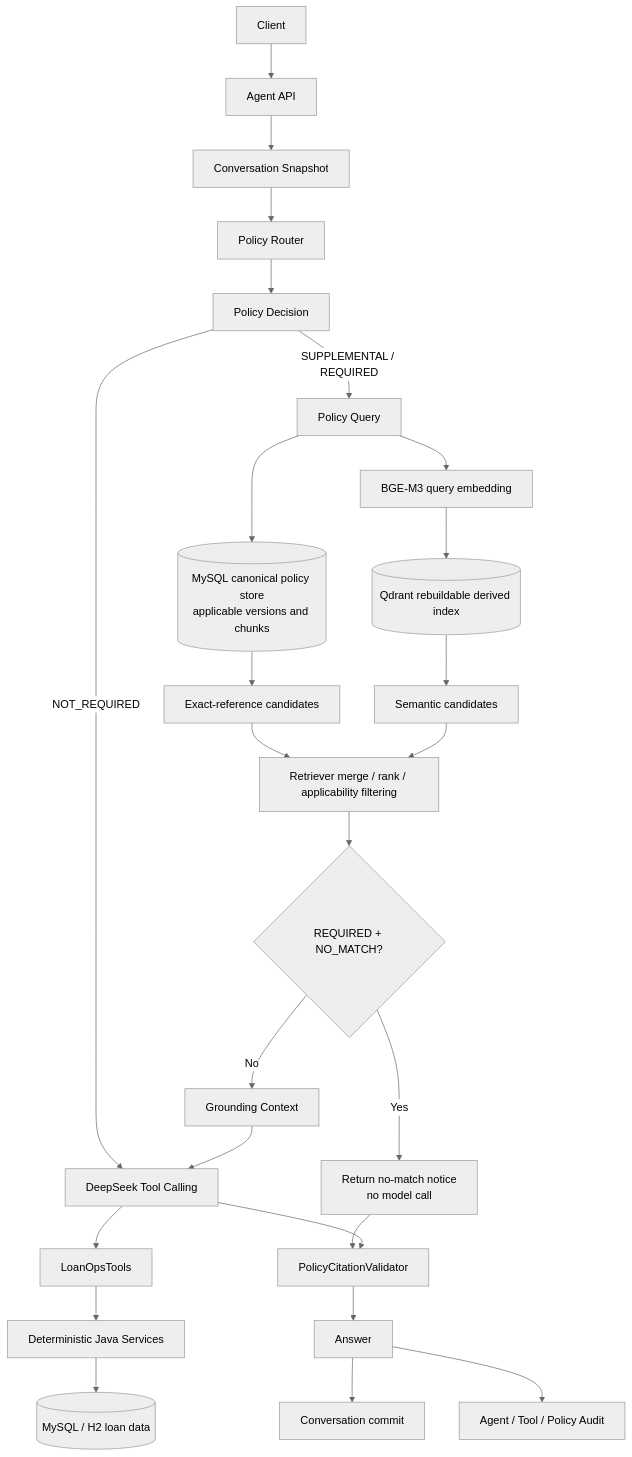
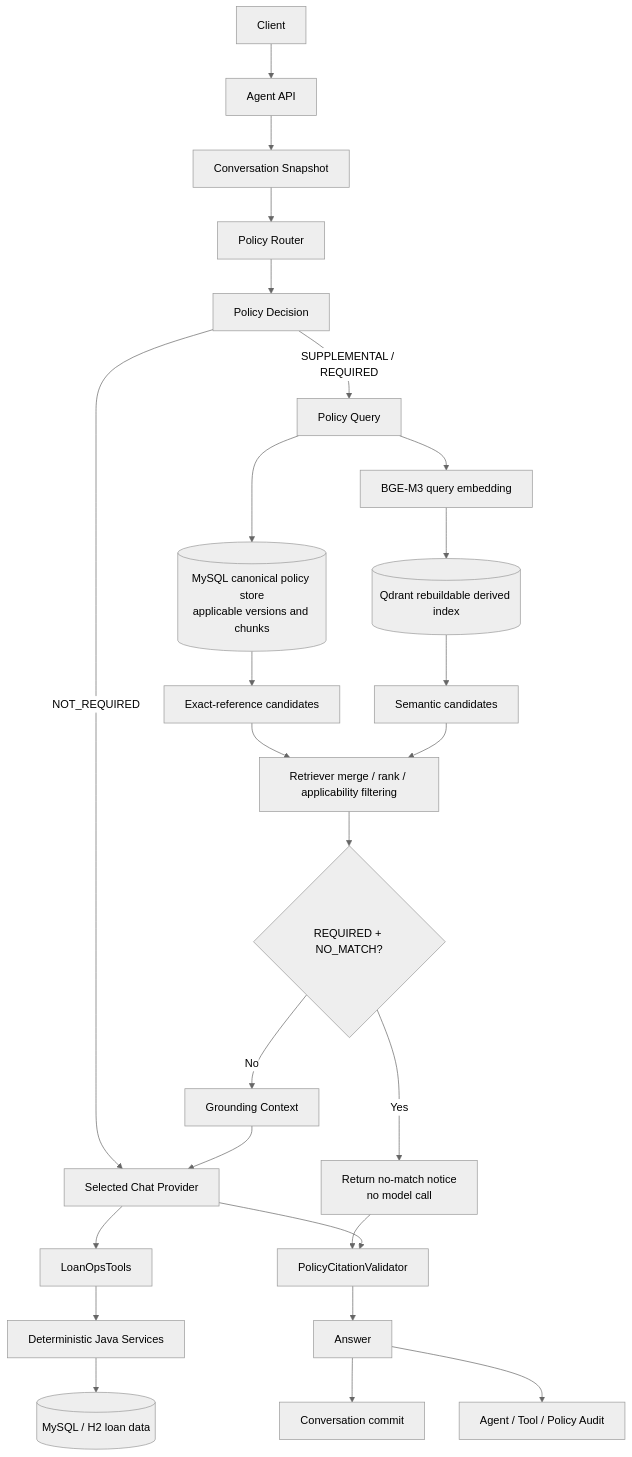
Before and after one commit to liandongjie/loanops-agent: the diagram in README.md, drawn with Mermaid (neutral theme). The commit also changed other lines of this file and 6 other files, not shown here.

```diff
--- a/README.md
+++ b/README.md
@@ -59,31 +59,31 @@
 ~~~mermaid
 flowchart TD
     Client --> API[Agent API]
     API --> Snapshot[Conversation Snapshot]
     Snapshot --> Router[Policy Router]
     Router --> Decision[Policy Decision]
 
-    Decision -->|NOT_REQUIRED| LLM[DeepSeek Tool Calling]
+    Decision -->|NOT_REQUIRED| LLM[Selected Chat Provider]
     LLM --> Tools[LoanOpsTools]
     Tools --> Java[Deterministic Java Services]
     Java --> LoanDB[(MySQL / H2 loan data)]
 
     Decision -->|SUPPLEMENTAL / REQUIRED| Query[Policy Query]
     Query --> PolicyDB[(MySQL canonical policy store<br/>applicable versions and chunks)]
     PolicyDB --> Exact[Exact-reference candidates]
     Query --> Embed[BGE-M3 query embedding]
     Embed --> Vector[(Qdrant rebuildable derived index)]
     Vector --> Semantic[Semantic candidates]
     Exact --> Merge
     Semantic --> Merge
     Merge[Retriever merge / rank / applicability filtering] --> RequiredNoMatch{REQUIRED + NO_MATCH?}
     RequiredNoMatch -->|Yes| Abstain[Return no-match notice<br/>no model call]
     RequiredNoMatch -->|No| Context[Grounding Context]
     Context --> LLM
     Abstain --> Citation
     LLM --> Citation[PolicyCitationValidator]
     Citation --> Answer[Answer]
 
     Answer --> Commit[Conversation commit]
     Answer --> Audit[Agent / Tool / Policy Audit]
 ~~~
```
